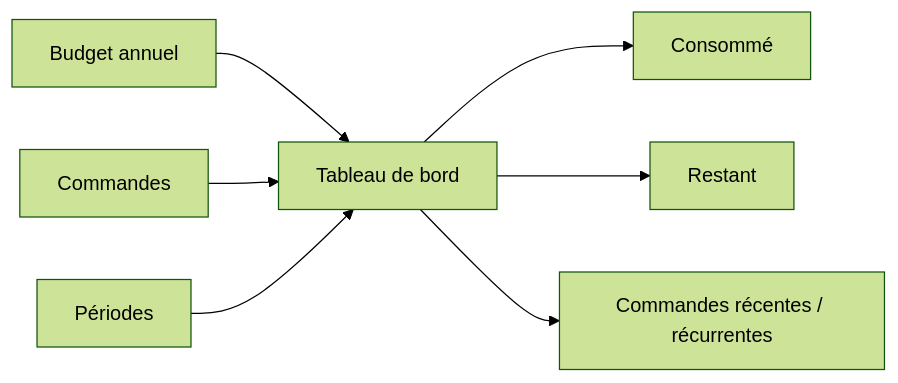
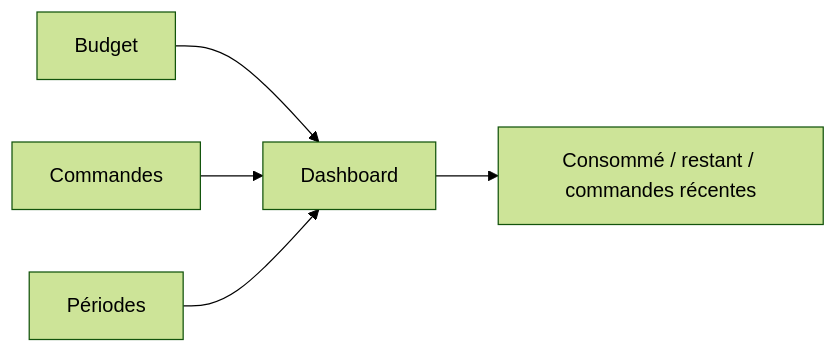
Before and after one commit to jeffersonkuku/powerbi-portfolio-projects: the second of 2 diagrams in powerbi-procurement-budget-portfolio/README.md, drawn with Mermaid (forest theme). The commit also changed other lines of this file and 5 other files, not shown here.

````diff
--- a/powerbi-procurement-budget-portfolio/README.md
+++ b/powerbi-procurement-budget-portfolio/README.md
@@ -45,9 +41,7 @@
 ```mermaid
 flowchart LR
-    A[Budget annuel] --> D[Tableau de bord]
+    A[Budget] --> D[Dashboard]
     B[Commandes] --> D
     C[Périodes] --> D
-    D --> E[Consommé]
-    D --> F[Restant]
-    D --> G[Commandes récentes / récurrentes]
+    D --> E[Consommé / restant / commandes récentes]
 ```
````
